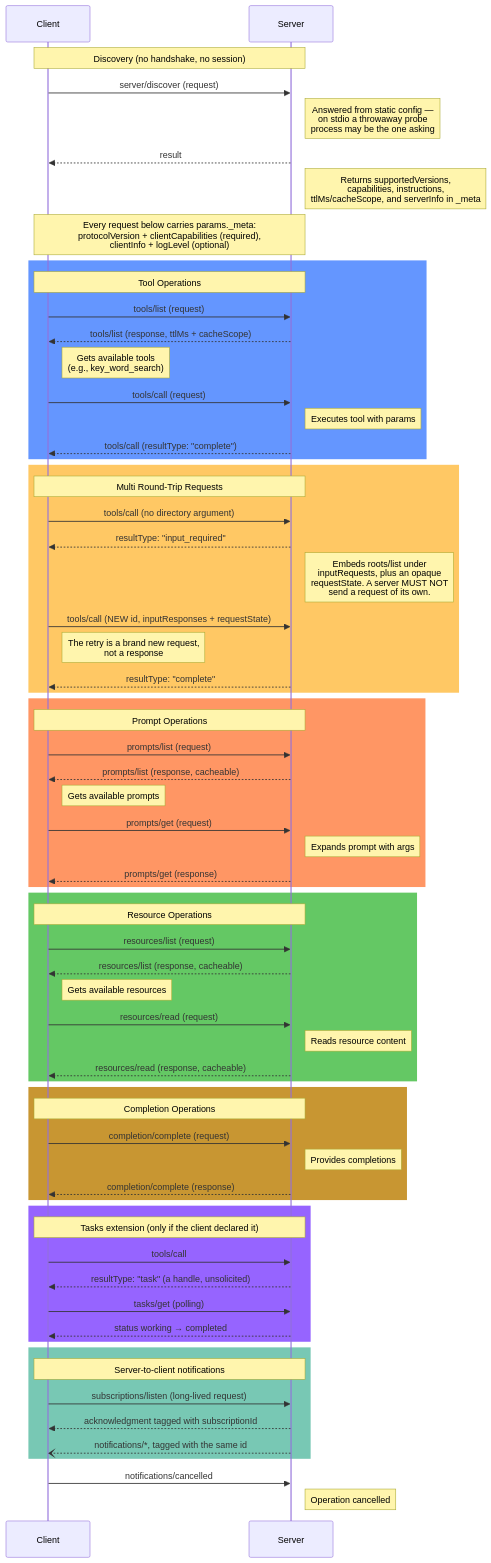
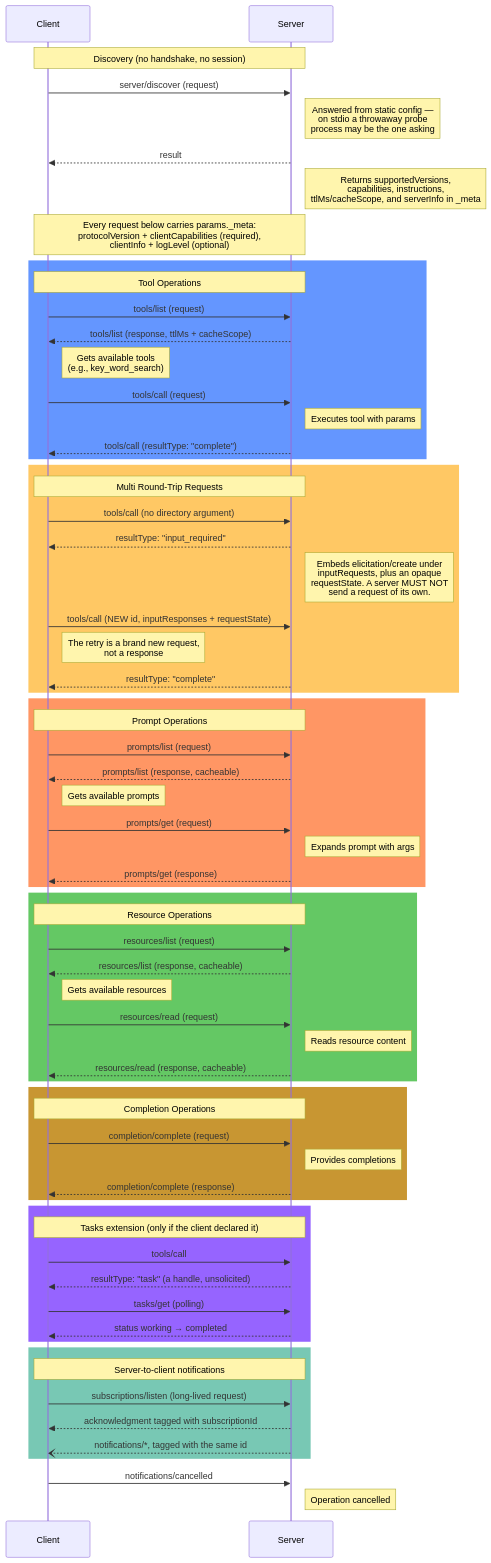
The diagram in mcp-message-flow.md (David-Parry/agent-mcp-workshop), drawn with Mermaid before and after one commit. The commit also changed other lines of this file and 138 other files, not shown here.

````diff
--- a/mcp-message-flow.md
+++ b/mcp-message-flow.md
@@ -5,81 +5,81 @@
 ```mermaid
 sequenceDiagram
     participant Client
     participant Server
 
     Note over Client,Server: Discovery (no handshake, no session)
     Client->>Server: server/discover (request)
     Note right of Server: Answered from static config —<br/>on stdio a throwaway probe<br/>process may be the one asking
     Server-->>Client: result
     Note right of Server: Returns supportedVersions,<br/>capabilities, instructions,<br/>ttlMs/cacheScope, and serverInfo in _meta
 
     Note over Client,Server: Every request below carries params._meta:<br/>protocolVersion + clientCapabilities (required),<br/>clientInfo + logLevel (optional)
 
     rect rgb(100, 150, 255)
         Note over Client,Server: Tool Operations
         Client->>Server: tools/list (request)
         Server-->>Client: tools/list (response, ttlMs + cacheScope)
         Note right of Client: Gets available tools<br/>(e.g., key_word_search)
 
         Client->>Server: tools/call (request)
         Note right of Server: Executes tool with params
         Server-->>Client: tools/call (resultType: "complete")
     end
 
     rect rgb(255, 200, 100)
         Note over Client,Server: Multi Round-Trip Requests
         Client->>Server: tools/call (no directory argument)
         Server-->>Client: resultType: "input_required"
-        Note right of Server: Embeds roots/list under<br/>inputRequests, plus an opaque<br/>requestState. A server MUST NOT<br/>send a request of its own.
+        Note right of Server: Embeds elicitation/create under<br/>inputRequests, plus an opaque<br/>requestState. A server MUST NOT<br/>send a request of its own.
         Client->>Server: tools/call (NEW id, inputResponses + requestState)
         Note right of Client: The retry is a brand new request,<br/>not a response
         Server-->>Client: resultType: "complete"
     end
 
     rect rgb(255, 150, 100)
         Note over Client,Server: Prompt Operations
         Client->>Server: prompts/list (request)
         Server-->>Client: prompts/list (response, cacheable)
         Note right of Client: Gets available prompts
 
         Client->>Server: prompts/get (request)
         Note right of Server: Expands prompt with args
         Server-->>Client: prompts/get (response)
     end
 
     rect rgb(100, 200, 100)
         Note over Client,Server: Resource Operations
         Client->>Server: resources/list (request)
         Server-->>Client: resources/list (response, cacheable)
         Note right of Client: Gets available resources
 
         Client->>Server: resources/read (request)
         Note right of Server: Reads resource content
         Server-->>Client: resources/read (response, cacheable)
     end
 
     rect rgb(200, 150, 50)
         Note over Client,Server: Completion Operations
         Client->>Server: completion/complete (request)
         Note right of Server: Provides completions
         Server-->>Client: completion/complete (response)
     end
 
     rect rgb(150, 100, 255)
         Note over Client,Server: Tasks extension (only if the client declared it)
         Client->>Server: tools/call
         Server-->>Client: resultType: "task" (a handle, unsolicited)
         Client->>Server: tasks/get (polling)
         Server-->>Client: status working → completed
     end
 
     rect rgb(120, 200, 180)
         Note over Client,Server: Server-to-client notifications
         Client->>Server: subscriptions/listen (long-lived request)
         Server-->>Client: acknowledgment tagged with subscriptionId
         Server--)Client: notifications/*, tagged with the same id
     end
 
     Client->>Server: notifications/cancelled
     Note right of Server: Operation cancelled
 ```
````
